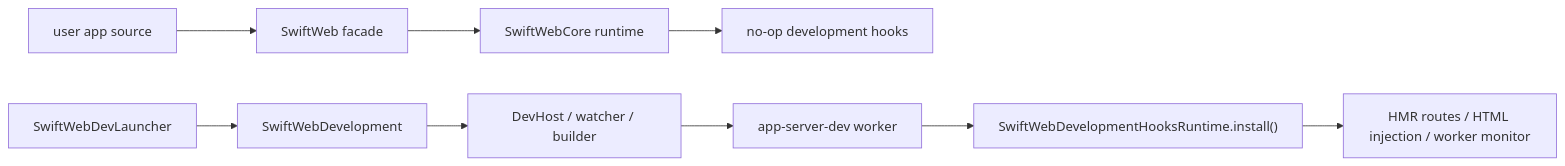
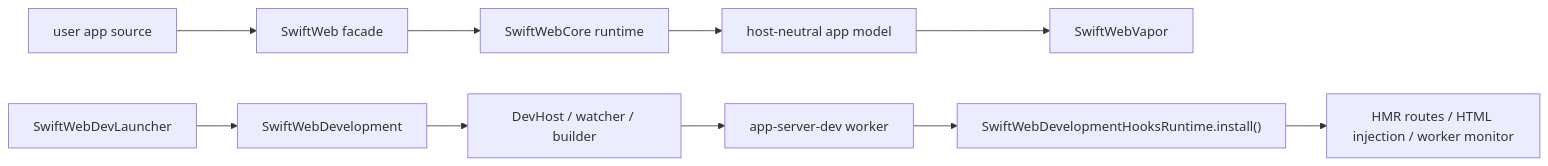
Before and after one commit to 1amageek/swift-web: the third of 9 diagrams in Sources/SwiftWeb/README.md, drawn with Mermaid. The commit also changed other lines of this file and 62 other files, not shown here.

````diff
--- a/Sources/SwiftWeb/README.md
+++ b/Sources/SwiftWeb/README.md
@@ -136,11 +191,12 @@
 ```mermaid
 flowchart LR
   A["user app source"] --> B["SwiftWeb facade"]
   B --> C["SwiftWebCore runtime"]
-  C --> D["no-op development hooks"]
-  E["SwiftWebDevLauncher"] --> F["SwiftWebDevelopment"]
-  F --> G["DevHost / watcher / builder"]
-  G --> H["app-server-dev worker"]
-  H --> I["SwiftWebDevelopmentHooksRuntime.install()"]
-  I --> J["HMR routes / HTML injection / worker monitor"]
+  C --> D["host-neutral app model"]
+  D --> E["SwiftWebVapor"]
+  F["SwiftWebDevLauncher"] --> G["SwiftWebDevelopment"]
+  G --> H["DevHost / watcher / builder"]
+  H --> I["app-server-dev worker"]
+  I --> J["SwiftWebDevelopmentHooksRuntime.install()"]
+  J --> K["HMR routes / HTML injection / worker monitor"]
 ```
````
